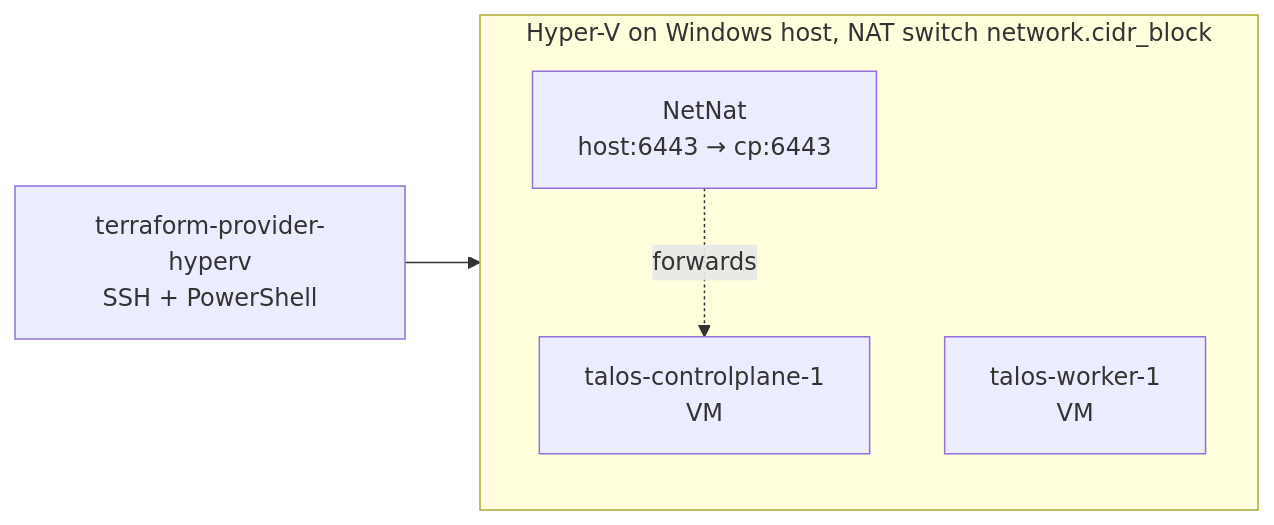
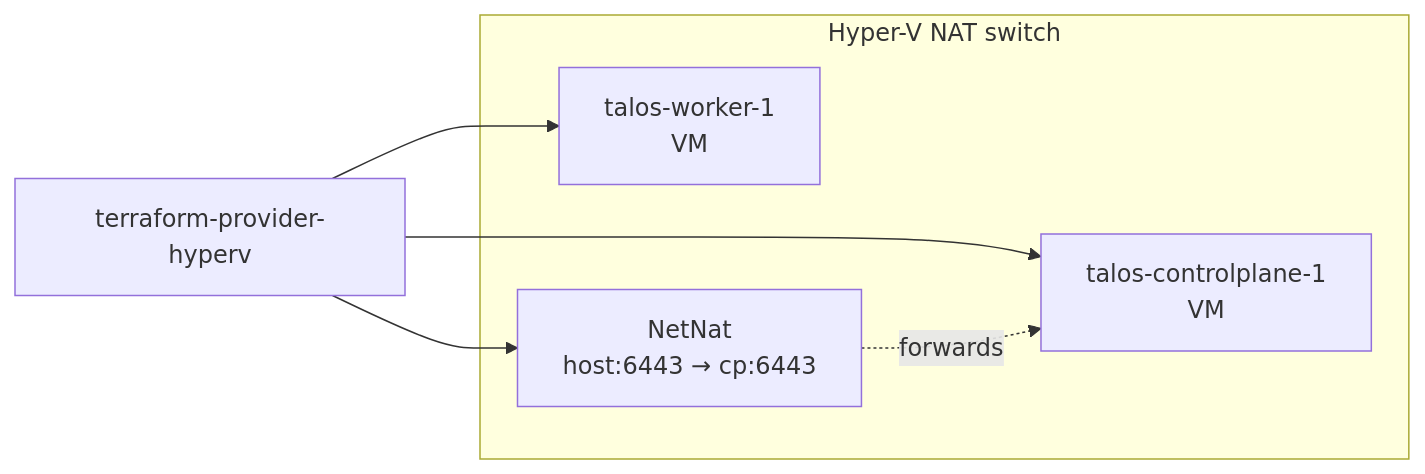
Before and after one commit to windsorcli/core: the second of 3 diagrams in terraform/compute/README.md, drawn with Mermaid. The commit also changed other lines of this file and 3 other files, not shown here.

Commit message:
chore(docs): update flowcharts in README files for CNI, Compute, DNS, and GitOps categories to enhance clarity and consistency

````diff
--- a/terraform/compute/README.md
+++ b/terraform/compute/README.md
@@ -62,13 +62,15 @@
 ```mermaid
 flowchart LR
-  prov[terraform-provider-hyperv<br/>SSH + PowerShell]
+  prov[terraform-provider-hyperv]
 
-  subgraph hv[Hyper-V on Windows host, NAT switch network.cidr_block]
+  subgraph hv[Hyper-V NAT switch]
     cp[talos-controlplane-1<br/>VM]
     w[talos-worker-1<br/>VM]
     netnat[NetNat<br/>host:6443 → cp:6443]
   end
 
-  prov --> hv
+  prov --> cp
+  prov --> w
+  prov --> netnat
   netnat -.forwards.-> cp
 ```
````
